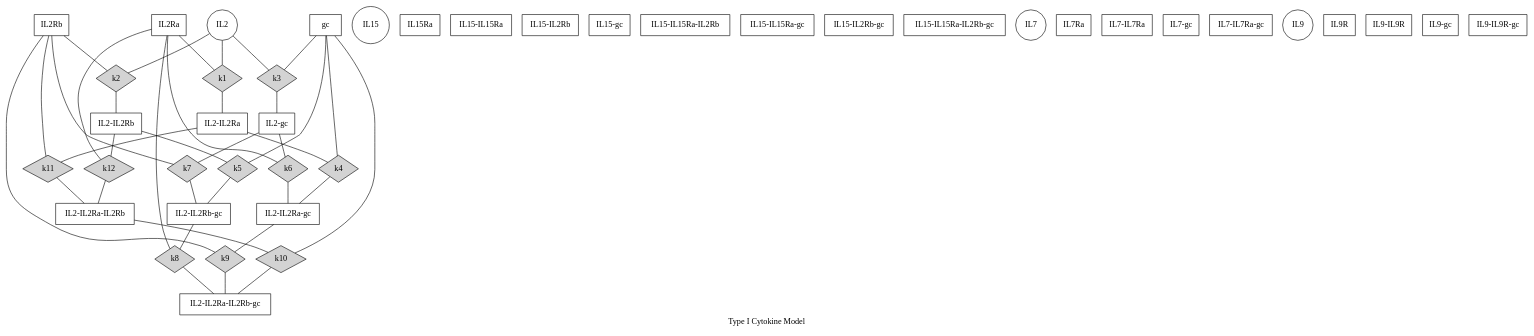
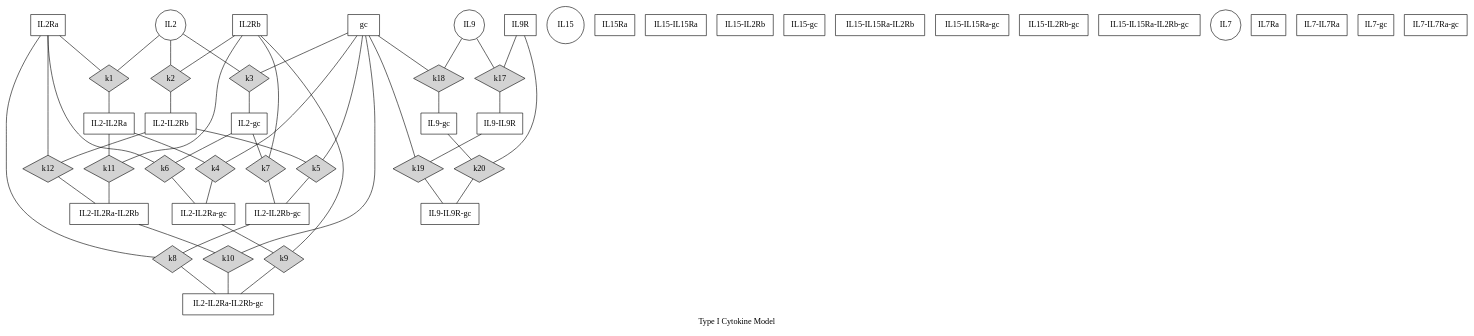
Before and after one commit to meyer-lab/gc-valent: the diagram in ckine/data/graph_all.gv, drawn with Graphviz.

Commit message:
added IL9 arrows

```diff
--- a/ckine/data/graph_all.gv
+++ b/ckine/data/graph_all.gv
@@ -1,115 +1,132 @@
 ##"A few people in the field of genetics are using dot to draw "marriage node diagram"  pedigree drawings.  Here is one I have done of a test pedigree from the FTREE pedigree drawing package (Lion Share was a racehorse)." Contributed by David Duffy.
 
 ##Command to get the layout: "dot -Tpng thisfile > thisfile.png"
 
 digraph Ped_Lion_Share           {
 # page = "8.2677165,11.692913";
 ratio = "auto";
 mincross = 2.0;
 label = "Type I Cytokine Model";
 
 "IL2"   [shape=circle];
 "IL2Ra" [shape=box    ];
 "IL2Rb" [shape=box    ];
 "gc"    [shape=box    ];
 "IL2-IL2Ra" [shape=box];
 "IL2-IL2Rb" [shape=box];
 "IL2-gc" [shape=box];
 "IL2-IL2Ra" [shape=box];
 "IL2-IL2Ra" [shape=box];
 "IL2-IL2Ra-IL2Rb" [shape=box ];
 "IL2-IL2Ra-gc" [shape=box ];
 "IL2-IL2Rb-gc" [shape=box ];
 "IL2-IL2Ra-IL2Rb-gc" [shape=box ];
 
 "IL15"  [shape=circle];
 "IL15Ra"    [shape=box];
 "IL15-IL15Ra"   [shape=box];
 "IL15-IL2Rb"    [shape=box];
 "IL15-gc"   [shape=box];
 "IL15-IL15Ra-IL2Rb" [shape=box];
 "IL15-IL15Ra-gc"    [shape=box];
 "IL15-IL2Rb-gc" [shape=box];
 "IL15-IL15Ra-IL2Rb-gc"  [shape=box];
 
 "IL7"   [shape=circle];
 "IL7Ra" [shape=box];
 "IL7-IL7Ra" [shape=box];
 "IL7-gc"    [shape=box];
 "IL7-IL7Ra-gc"  [shape=box];
 
 "IL9"   [shape=circle];
 "IL9R" [shape=box    ];
 "gc"    [shape=box    ];
 "IL9-IL9R" [shape=box];
 "IL9-gc" [shape=box];
 "IL9-IL9R-gc" [shape=box ];
 
 
 "k1" [shape=diamond,style=filled,height=.1,width=.1];
 "IL2" -> "k1" [dir=none,weight=1];
 "IL2Ra" -> "k1" [dir=none,weight=1];
 "k1" -> "IL2-IL2Ra" [dir=none, weight=2];
 
 "k2" [shape=diamond,style=filled,height=.1,width=.1];
 "IL2" -> "k2" [dir=none,weight=1];
 "IL2Rb" -> "k2" [dir=none,weight=1];
 "k2" -> "IL2-IL2Rb" [dir=none, weight=2];
 
 "k3" [shape=diamond,style=filled,height=.1,width=.1];
 "IL2" -> "k3" [dir=none,weight=1];
 "gc" -> "k3" [dir=none,weight=1];
 "k3" -> "IL2-gc" [dir=none, weight=2];
 
 "k4" [shape=diamond,style=filled,height=.1,width=.1];
 "IL2-IL2Ra" -> "k4" [dir=none,weight=1];
 "gc" -> "k4" [dir=none,weight=1];
 "k4" -> "IL2-IL2Ra-gc" [dir=none, weight=2];
 
 "k5" [shape=diamond,style=filled,height=.1,width=.1];
 "IL2-IL2Rb" -> "k5" [dir=none,weight=1];
 "gc" -> "k5" [dir=none,weight=1];
 "k5" -> "IL2-IL2Rb-gc" [dir=none, weight=2];
 
-
-
-
 "k6" [shape=diamond,style=filled,height=.1,width=.1];
 "IL2-gc" -> "k6" [dir=none,weight=1];
 "IL2Ra" -> "k6" [dir=none,weight=1];
 "k6" -> "IL2-IL2Ra-gc" [dir=none, weight=2];
 
 "k7" [shape=diamond,style=filled,height=.1,width=.1];
 "IL2-gc" -> "k7" [dir=none,weight=1];
 "IL2Rb" -> "k7" [dir=none,weight=1];
 "k7" -> "IL2-IL2Rb-gc" [dir=none, weight=2];
 
-
 "k8" [shape=diamond,style=filled,height=.1,width=.1];
 "IL2-IL2Rb-gc" -> "k8" [dir=none,weight=1];
 "IL2Ra" -> "k8" [dir=none,weight=1];
 "k8" -> "IL2-IL2Ra-IL2Rb-gc" [dir=none, weight=2];
 
 "k9" [shape=diamond,style=filled,height=.1,width=.1];
 "IL2-IL2Ra-gc" -> "k9" [dir=none,weight=1];
 "IL2Rb" -> "k9" [dir=none,weight=1];
 "k9" -> "IL2-IL2Ra-IL2Rb-gc" [dir=none, weight=2];
-
-
 
 "k10" [shape=diamond,style=filled,height=.1,width=.1];
 "IL2-IL2Ra-IL2Rb" -> "k10" [dir=none,weight=1];
 "gc" -> "k10" [dir=none,weight=1];
 "k10" -> "IL2-IL2Ra-IL2Rb-gc" [dir=none, weight=2];
 
 "k11" [shape=diamond,style=filled,height=.1,width=.1];
 "IL2-IL2Ra" -> "k11" [dir=none,weight=1];
 "IL2Rb" -> "k11" [dir=none,weight=1];
 "k11" -> "IL2-IL2Ra-IL2Rb" [dir=none, weight=2];
 
 "k12" [shape=diamond,style=filled,height=.1,width=.1];
 "IL2-IL2Rb" -> "k12" [dir=none,weight=1];
 "IL2Ra" -> "k12" [dir=none,weight=1];
 "k12" -> "IL2-IL2Ra-IL2Rb" [dir=none, weight=2];
 
+
+
+
+"k17" [shape=diamond,style=filled,height=.1,width=.1];
+"IL9" -> "k17" [dir=none,weight=1];
+"IL9R" -> "k17" [dir=none,weight=1];
+"k17" -> "IL9-IL9R" [dir=none, weight=2];
+
+"k18" [shape=diamond,style=filled,height=.1,width=.1];
+"IL9" -> "k18" [dir=none,weight=1];
+"gc" -> "k18" [dir=none,weight=1];
+"k18" -> "IL9-gc" [dir=none, weight=2];
+
+"k19" [shape=diamond,style=filled,height=.1,width=.1];
+"IL9-IL9R" -> "k19" [dir=none,weight=1];
+"gc" -> "k19" [dir=none,weight=1];
+"k19" -> "IL9-IL9R-gc" [dir=none, weight=2];
+
+"k20" [shape=diamond,style=filled,height=.1,width=.1];
+"IL9-gc" -> "k20" [dir=none,weight=1];
+"IL9R" -> "k20" [dir=none,weight=1];
+"k20" -> "IL9-IL9R-gc" [dir=none, weight=2];
+
 }
```
